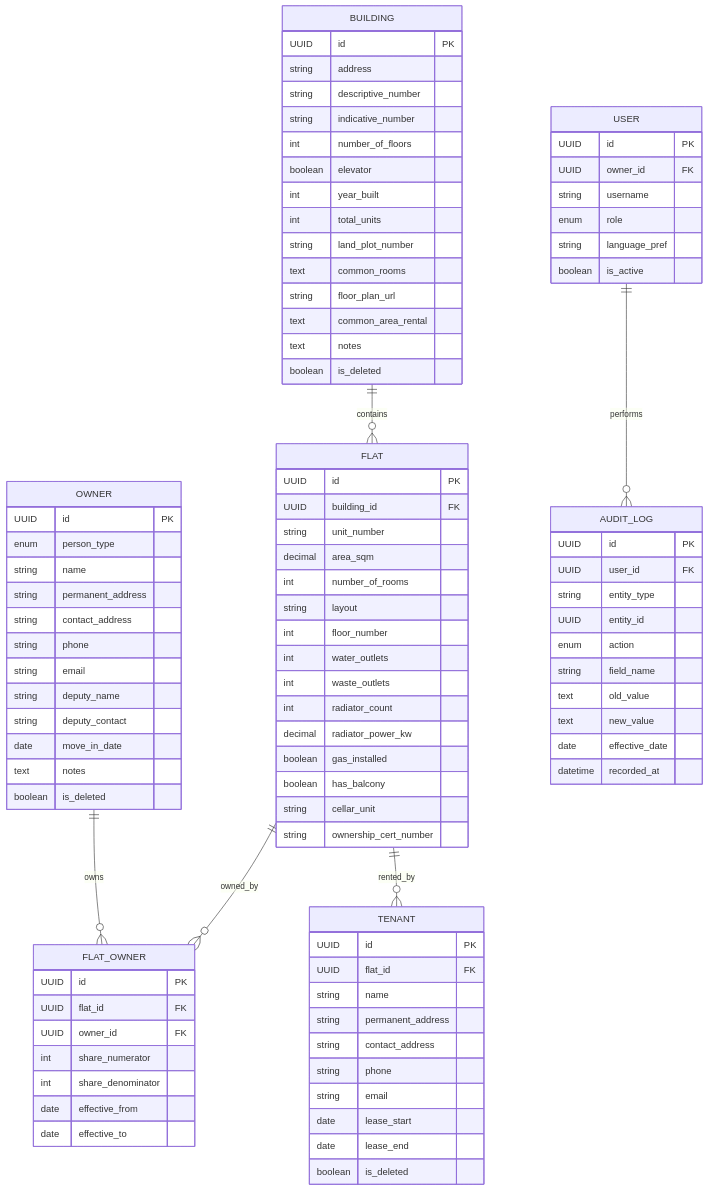
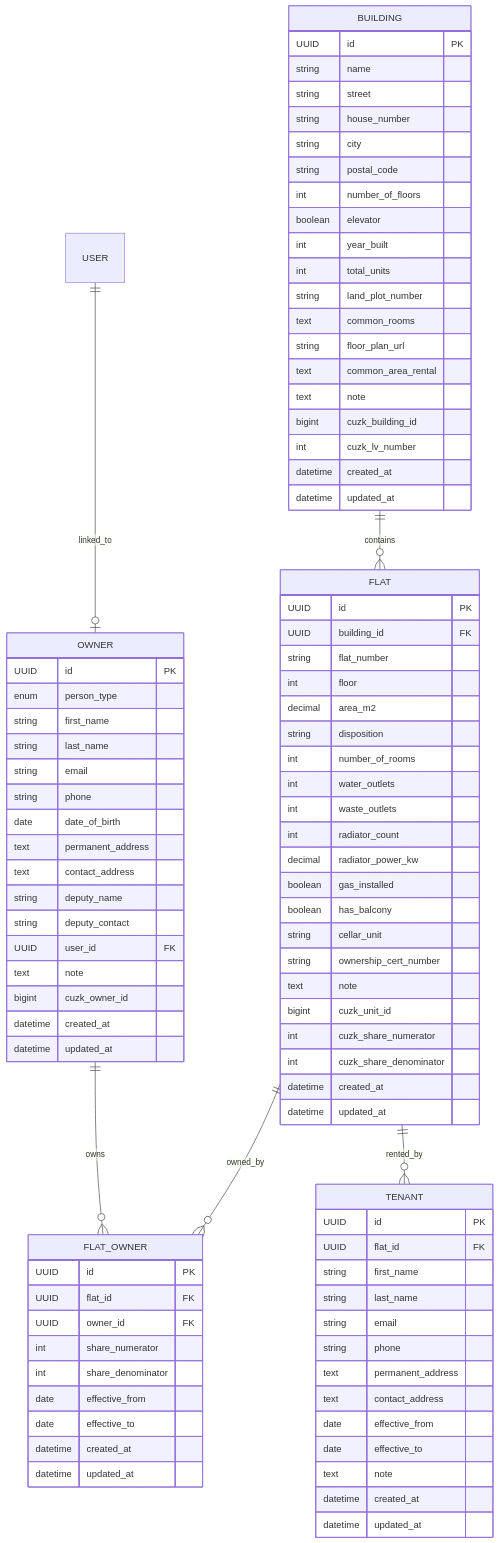
The diagram in DESIGN.md (ondyn/Solomon), drawn with Mermaid before and after one commit. The commit also changed other lines of this file and 168 other files, not shown here.

````diff
--- a/DESIGN.md
+++ b/DESIGN.md
@@ -151,13 +154,15 @@
     FLAT ||--o{ FLAT_OWNER : owned_by
     OWNER ||--o{ FLAT_OWNER : owns
     FLAT ||--o{ TENANT : rented_by
-    USER ||--o{ AUDIT_LOG : performs
+    USER ||--o| OWNER : linked_to
 
     BUILDING {
         UUID id PK
-        string address
-        string descriptive_number
-        string indicative_number
+        string name
+        string street
+        string house_number
+        string city
+        string postal_code
         int number_of_floors
         boolean elevator
         int year_built
@@ -166,18 +171,21 @@
         text common_rooms
         string floor_plan_url
         text common_area_rental
-        text notes
-        boolean is_deleted
+        text note
+        bigint cuzk_building_id
+        int cuzk_lv_number
+        datetime created_at
+        datetime updated_at
     }
 
     FLAT {
         UUID id PK
         UUID building_id FK
-        string unit_number
-        decimal area_sqm
+        string flat_number
+        int floor
+        decimal area_m2
+        string disposition
         int number_of_rooms
-        string layout
-        int floor_number
         int water_outlets
         int waste_outlets
         int radiator_count
@@ -186,21 +194,31 @@
         boolean has_balcony
         string cellar_unit
         string ownership_cert_number
+        text note
+        bigint cuzk_unit_id
+        int cuzk_share_numerator
+        int cuzk_share_denominator
+        datetime created_at
+        datetime updated_at
     }
 
     OWNER {
         UUID id PK
         enum person_type
-        string name
-        string permanent_address
-        string contact_address
+        string first_name
+        string last_name
+        string email
         string phone
-        string email
+        date date_of_birth
+        text permanent_address
+        text contact_address
         string deputy_name
         string deputy_contact
-        date move_in_date
-        text notes
-        boolean is_deleted
+        UUID user_id FK
+        text note
+        bigint cuzk_owner_id
+        datetime created_at
+        datetime updated_at
     }
 
     FLAT_OWNER {
@@ -211,40 +229,23 @@
         int share_denominator
         date effective_from
         date effective_to
+        datetime created_at
+        datetime updated_at
     }
 
     TENANT {
         UUID id PK
         UUID flat_id FK
-        string name
-        string permanent_address
-        string contact_address
+        string first_name
+        string last_name
+        string email
         string phone
-        string email
-        date lease_start
-        date lease_end
-        boolean is_deleted
-    }
-
-    USER {
-        UUID id PK
-        UUID owner_id FK
-        string username
-        enum role
-        string language_pref
-        boolean is_active
-    }
-
-    AUDIT_LOG {
-        UUID id PK
-        UUID user_id FK
-        string entity_type
-        UUID entity_id
-        enum action
-        string field_name
-        text old_value
-        text new_value
-        date effective_date
-        datetime recorded_at
+        text permanent_address
+        text contact_address
+        date effective_from
+        date effective_to
+        text note
+        datetime created_at
+        datetime updated_at
     }
 ```
````
